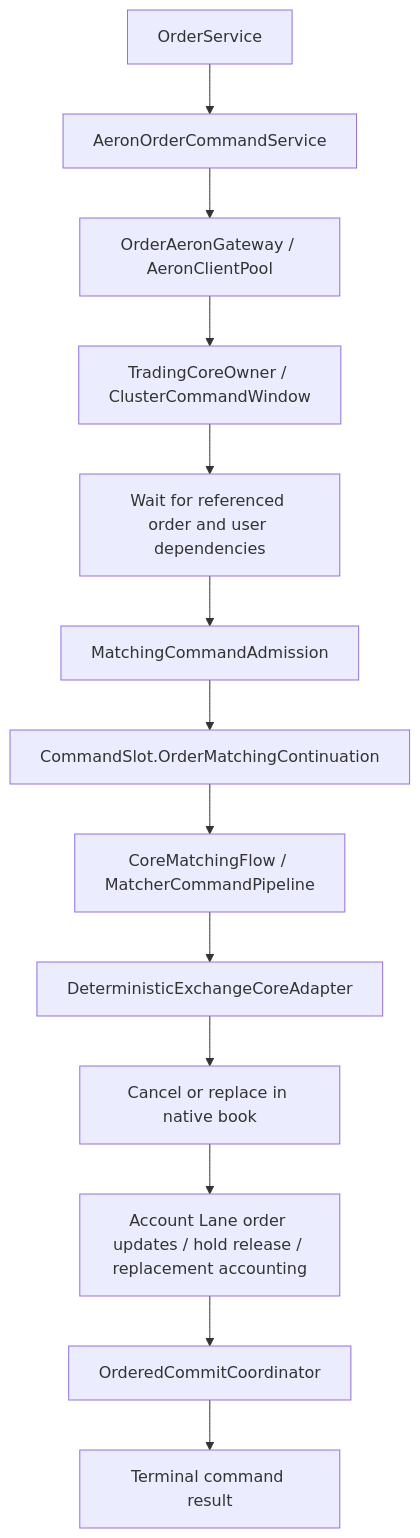
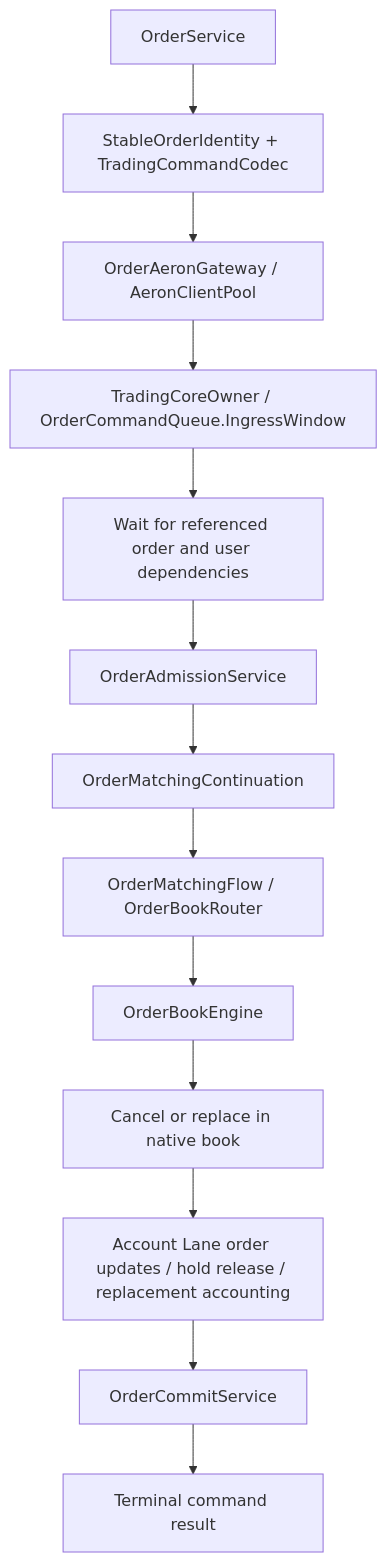
Before and after one commit to lilaizhencn/surprising-ex: the fifth of 15 diagrams in README.md, drawn with Mermaid. The commit also changed other lines of this file and 14 other files, not shown here.

First line of the commit message:
docs(aeron): align architecture docs with the current order path

````diff
--- a/README.md
+++ b/README.md
@@ -162,15 +161,15 @@
 ```mermaid
 flowchart TB
-    Service[OrderService] --> Encode[AeronOrderCommandService]
+    Service[OrderService] --> Encode[StableOrderIdentity + TradingCommandCodec]
     Encode --> Transport[OrderAeronGateway / AeronClientPool]
-    Transport --> Owner[TradingCoreOwner / ClusterCommandWindow]
+    Transport --> Owner[TradingCoreOwner / OrderCommandQueue.IngressWindow]
     Owner --> Dependency[Wait for referenced order and user dependencies]
-    Dependency --> Admission[MatchingCommandAdmission]
-    Admission --> Slot[CommandSlot.OrderMatchingContinuation]
-    Slot --> Matching[CoreMatchingFlow / MatcherCommandPipeline]
-    Matching --> Adapter[DeterministicExchangeCoreAdapter]
+    Dependency --> Admission[OrderAdmissionService]
+    Admission --> Slot[OrderMatchingContinuation]
+    Slot --> Matching[OrderMatchingFlow / OrderBookRouter]
+    Matching --> Adapter[OrderBookEngine]
     Adapter --> Book[Cancel or replace in native book]
     Book --> Lane[Account Lane order updates / hold release / replacement accounting]
-    Lane --> Commit[OrderedCommitCoordinator]
+    Lane --> Commit[OrderCommitService]
     Commit --> Result[Terminal command result]
 ```
````
